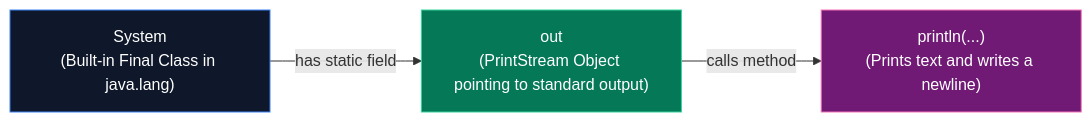
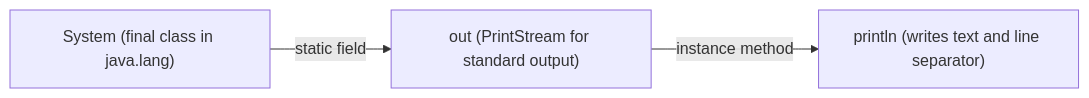
Before and after one commit to ravishankar2463/java_hub: the third of 4 diagrams in content/roadmap/level-0/anatomy-of-a-java-program.md, drawn with Mermaid. The commit also changed other lines of this file and 119 other files, not shown here.

Commit message:
feat: add comprehensive java learning roadmap content across multiple levels

````diff
--- a/content/roadmap/level-0/anatomy-of-a-java-program.md
+++ b/content/roadmap/level-0/anatomy-of-a-java-program.md
@@ -196,9 +151,5 @@
 ```mermaid
 flowchart LR
-    Sys["System<br/>(Built-in Final Class in java.lang)"] -->|"has static field"| Out["out<br/>(PrintStream Object pointing to standard output)"]
-    Out -->|"calls method"| Pln["println(...)<br/>(Prints text and writes a newline)"]
-
-    style Sys fill:#0f172a,stroke:#3b82f6,color:#fff
-    style Out fill:#047857,stroke:#34d399,color:#fff
-    style Pln fill:#701a75,stroke:#f472b6,color:#fff
+    Sys["System (final class in java.lang)"] -->|"static field"| Out["out (PrintStream for standard output)"]
+    Out -->|"instance method"| Prn["println (writes text and line separator)"]
 ```
````
